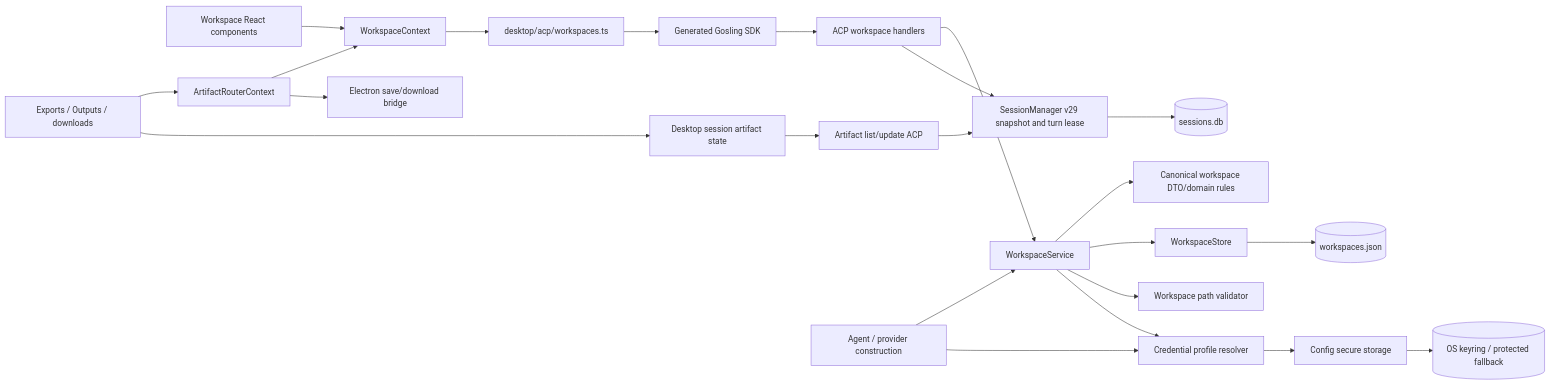
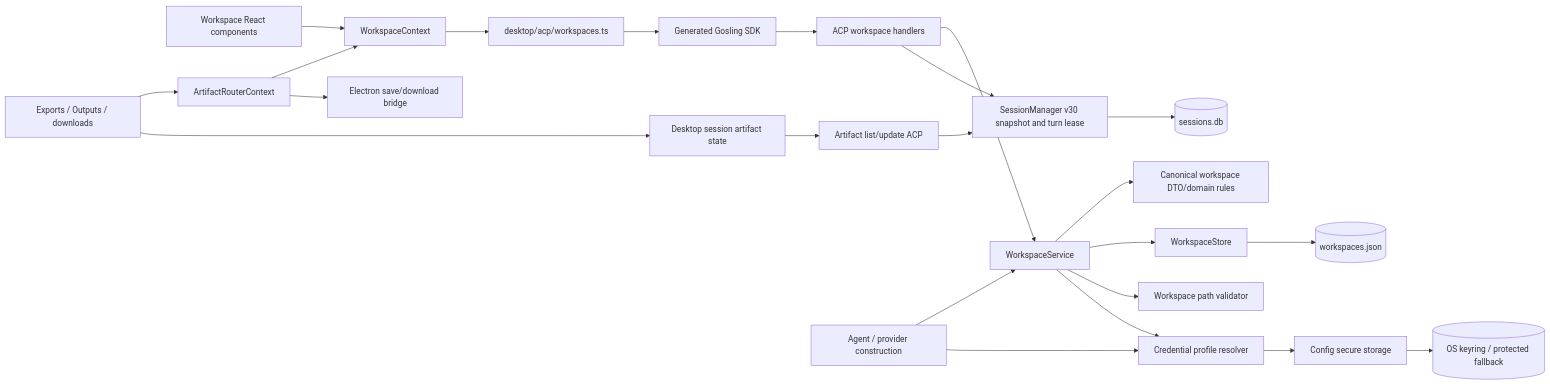
One commit to cephalopod-ai/gosling changed the first of 2 diagrams in docs/architecture.md. Above: the diagram before and after it, drawn with Mermaid. The commit also changed 31 other files, not shown here.

````diff
--- a/docs/architecture.md
+++ b/docs/architecture.md
@@ -12,25 +12,25 @@
 ```mermaid
 flowchart LR
     UI[Workspace React components] --> Context[WorkspaceContext]
     ArtifactUI[Exports / Outputs / downloads] --> Router[ArtifactRouterContext]
     ArtifactUI --> ArtifactStore[Desktop session artifact state]
     ArtifactStore --> ArtifactACP[Artifact list/update ACP]
     ArtifactACP --> Sessions
     Router --> Context
     Router --> Electron[Electron save/download bridge]
     Context --> DesktopACP[desktop/acp/workspaces.ts]
     DesktopACP --> SDK[Generated Gosling SDK]
     SDK --> Handlers[ACP workspace handlers]
     Handlers --> Service[WorkspaceService]
     Service --> Domain[Canonical workspace DTO/domain rules]
     Service --> Store[WorkspaceStore]
     Service --> Validator[Workspace path validator]
     Service --> Credentials[Credential profile resolver]
     Store --> JSON[(workspaces.json)]
     Credentials --> Config[Config secure storage]
     Config --> Keyring[(OS keyring / protected fallback)]
-    Handlers --> Sessions[SessionManager v29 snapshot and turn lease]
+    Handlers --> Sessions[SessionManager v30 snapshot and turn lease]
     Sessions --> DB[(sessions.db)]
     Agent[Agent / provider construction] --> Service
     Agent --> Credentials
 ```
````
